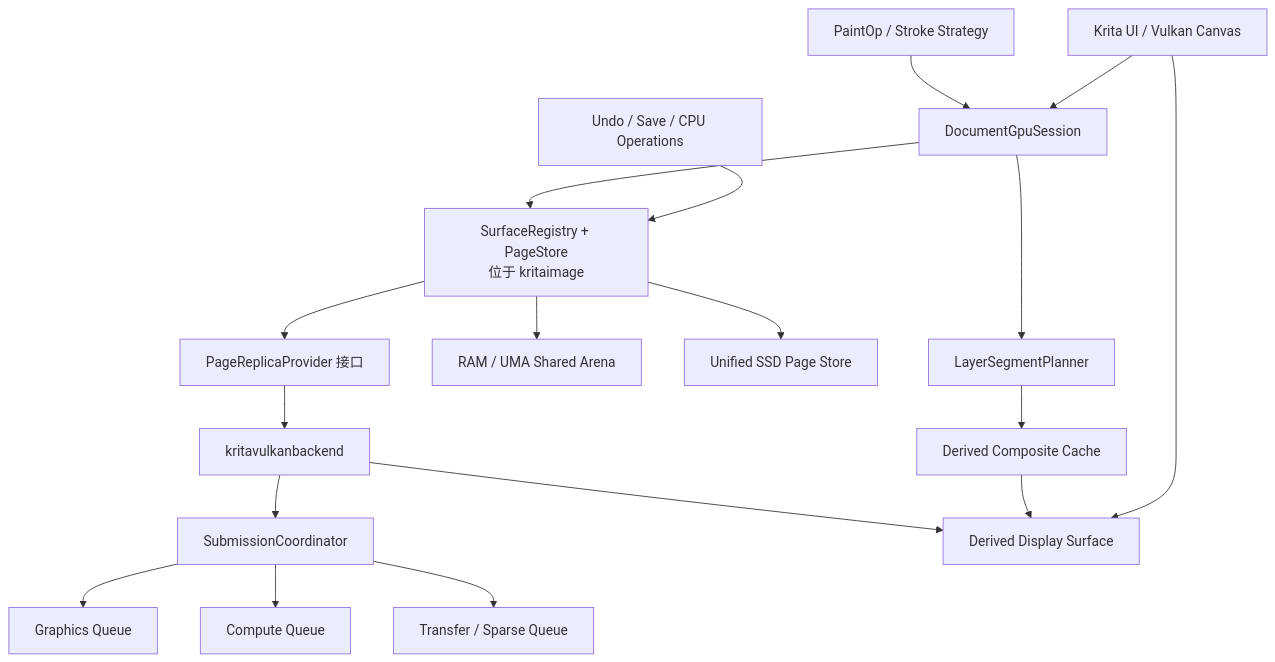
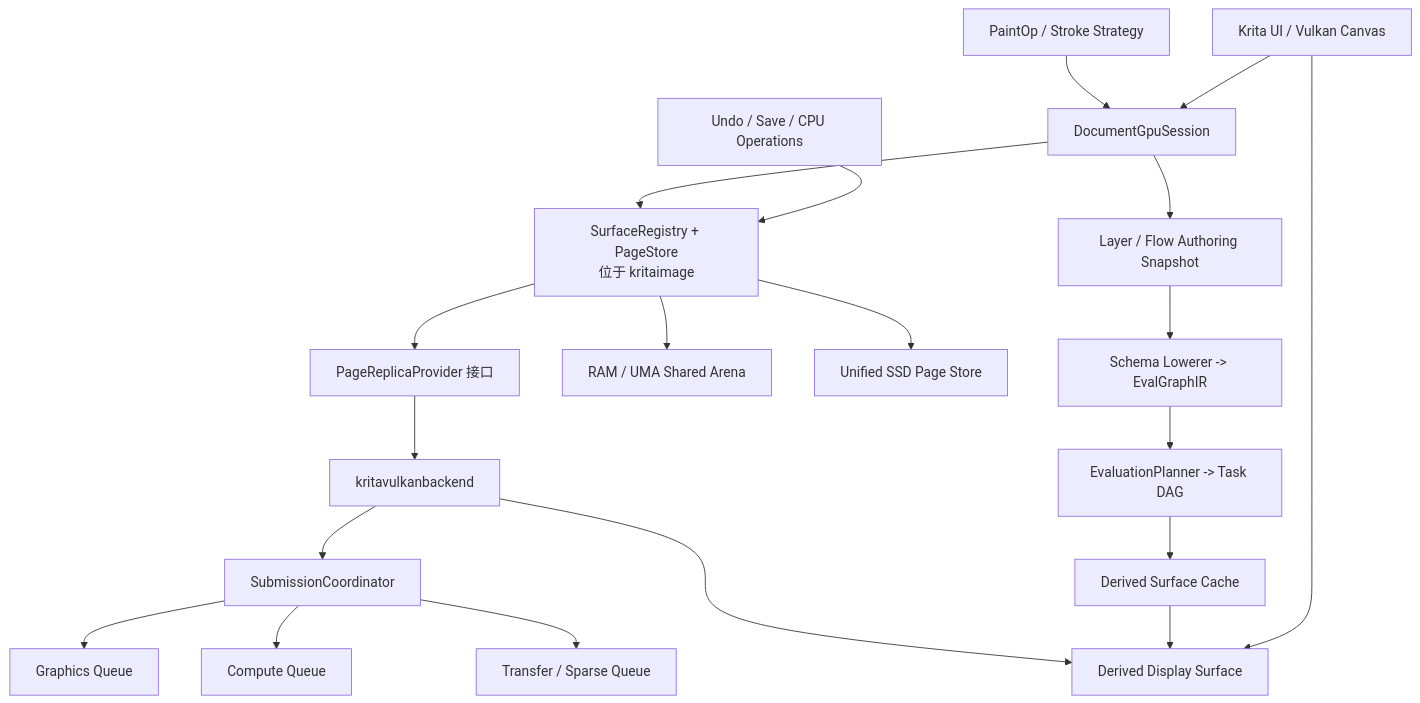
One commit to DesperateZero/krita_gpu changed the diagram in docs/vulkan_gpu_design/22_p0_vulkan_baseline_reconstruction.md. Above: the diagram before and after it, drawn with Mermaid. The commit also changed other lines of this file and 33 other files, not shown here.

````diff
--- a/docs/vulkan_gpu_design/22_p0_vulkan_baseline_reconstruction.md
+++ b/docs/vulkan_gpu_design/22_p0_vulkan_baseline_reconstruction.md
@@ -56,24 +56,26 @@
 ```mermaid
 flowchart TD
     UI["Krita UI / Vulkan Canvas"] --> DS["DocumentGpuSession"]
     PO["PaintOp / Stroke Strategy"] --> DS
     SAVE["Undo / Save / CPU Operations"] --> PS
 
     DS --> PS["SurfaceRegistry + PageStore<br/>位于 kritaimage"]
-    DS --> LP["LayerSegmentPlanner"]
-    LP --> DC["Derived Composite Cache"]
+    DS --> AG["Layer / Flow Authoring Snapshot"]
+    AG --> LG["Schema Lowerer -> EvalGraphIR"]
+    LG --> EP["EvaluationPlanner -> Task DAG"]
+    EP --> DC["Derived Surface Cache"]
 
     PS --> RAM["RAM / UMA Shared Arena"]
     PS --> SSD["Unified SSD Page Store"]
     PS --> RP["PageReplicaProvider 接口"]
 
     RP --> VK["kritavulkanbackend"]
     VK --> SC["SubmissionCoordinator"]
     SC --> GQ["Graphics Queue"]
     SC --> CQ["Compute Queue"]
     SC --> TQ["Transfer / Sparse Queue"]
 
     UI --> DP["Derived Display Surface"]
     DC --> DP
     VK --> DP
 ```
````
